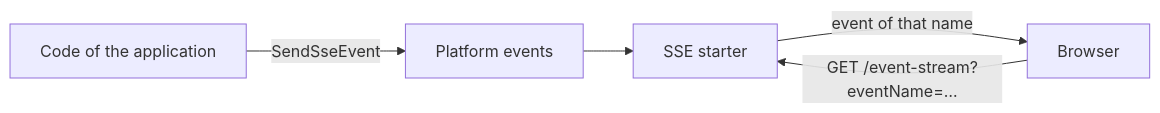
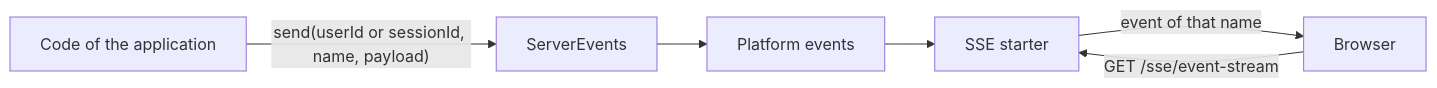
Before and after one commit to mboisnard/drinkit: the first of 3 diagrams in tech-starters/backend/sse-starter/README.md, drawn with Mermaid. The commit also changed other lines of this file and 28 other files, not shown here.

First line of the commit message:
[TECH-STARTER] Push server events to the tabs of a user or a session, with the access rule of the stream (#605)

````diff
--- a/tech-starters/backend/sse-starter/README.md
+++ b/tech-starters/backend/sse-starter/README.md
@@ -8,7 +9,8 @@
 ```mermaid
 flowchart LR
-    Code[Code of the application] -->|SendSseEvent| Events[Platform events]
+    Code[Code of the application] -->|"send(userId or sessionId, name, payload)"| Api[ServerEvents]
+    Api --> Events[Platform events]
     Events --> Starter[SSE starter]
-    Browser -->|"GET /event-stream?eventName=…"| Starter
+    Browser -->|"GET /sse/event-stream"| Starter
     Starter -->|event of that name| Browser
 ```
````
